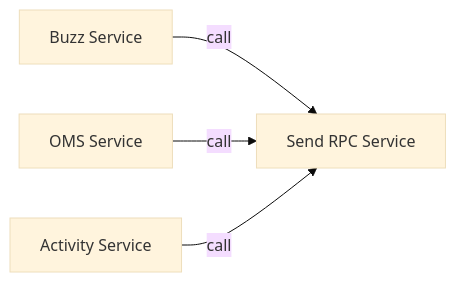
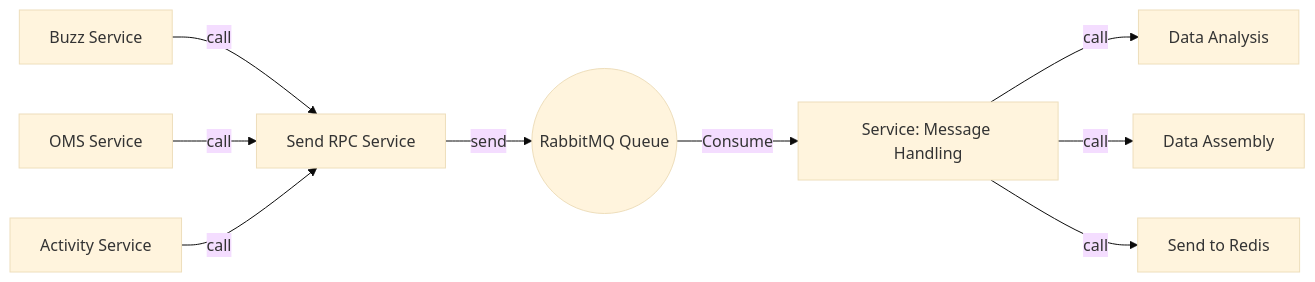
Before and after one commit to qwe2820435o2/SceneGuide: the diagram in Design/Msg Streaming Design/Msg Streaming Design (2) - Generate Msg.md, drawn with Mermaid (base theme).

Commit message:
feat: finish Process part two

````diff
--- a/Design/Msg Streaming Design/Msg Streaming Design (2) - Generate Msg.md
+++ b/Design/Msg Streaming Design/Msg Streaming Design (2) - Generate Msg.md
@@ -15,6 +15,11 @@
 ```mermaid
 graph LR
 A[Buzz Service] -- call --> D((RabbitMQ))
 B[OMS Service] -- call --> D((RabbitMQ))
 C[Activity Service] -- call --> D[Send RPC Service]
+D[Send RPC Service] -- send --> E((RabbitMQ Queue))
+E -- Consume --> F[Service: Message Handling]
+F[Service: Message Handling] -- call --> G[Data Analysis]
+F[Service: Message Handling] -- call --> H[Data Assembly]
+F[Service: Message Handling] -- call --> I[Send to Redis]
 ```
````
